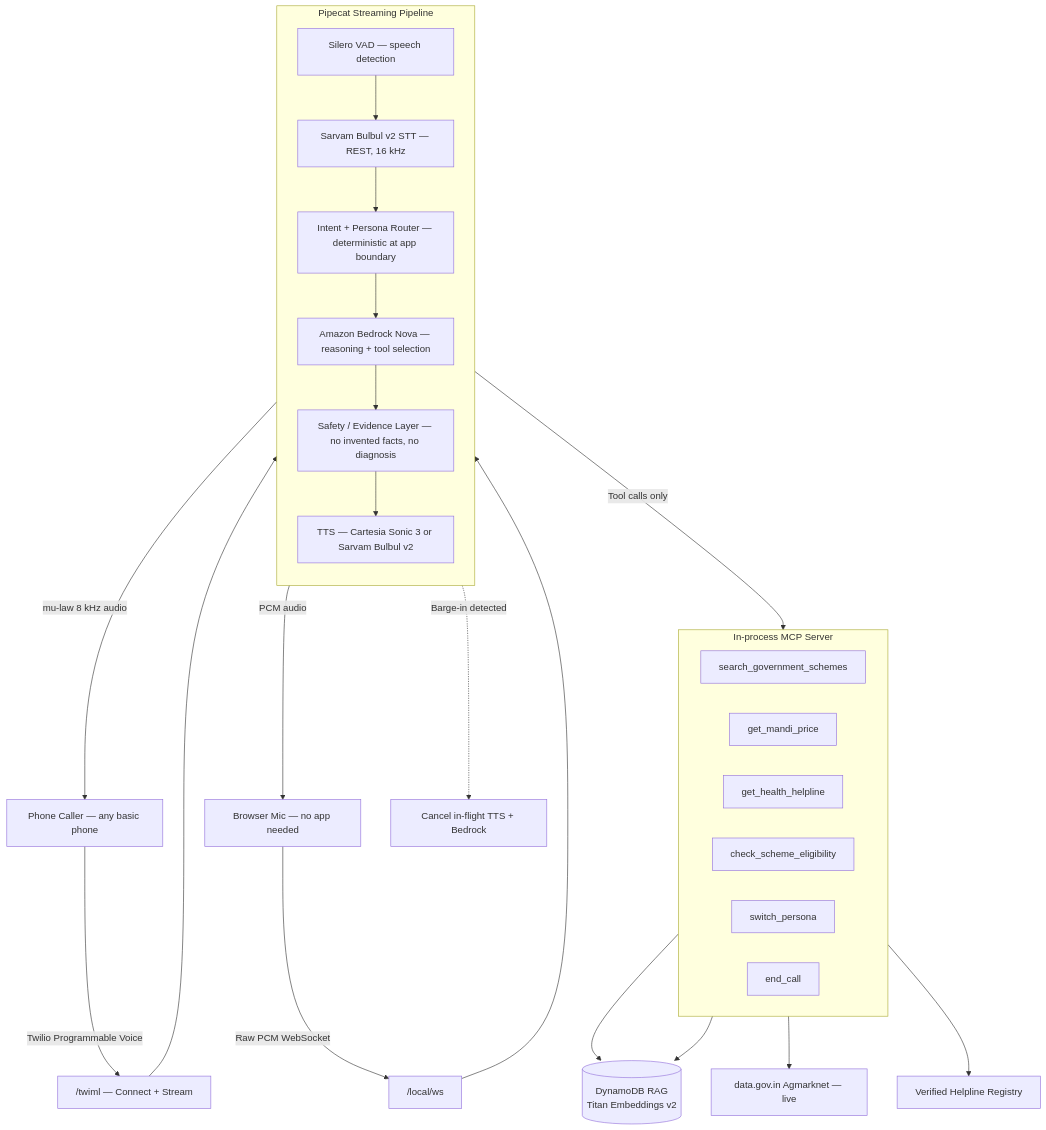
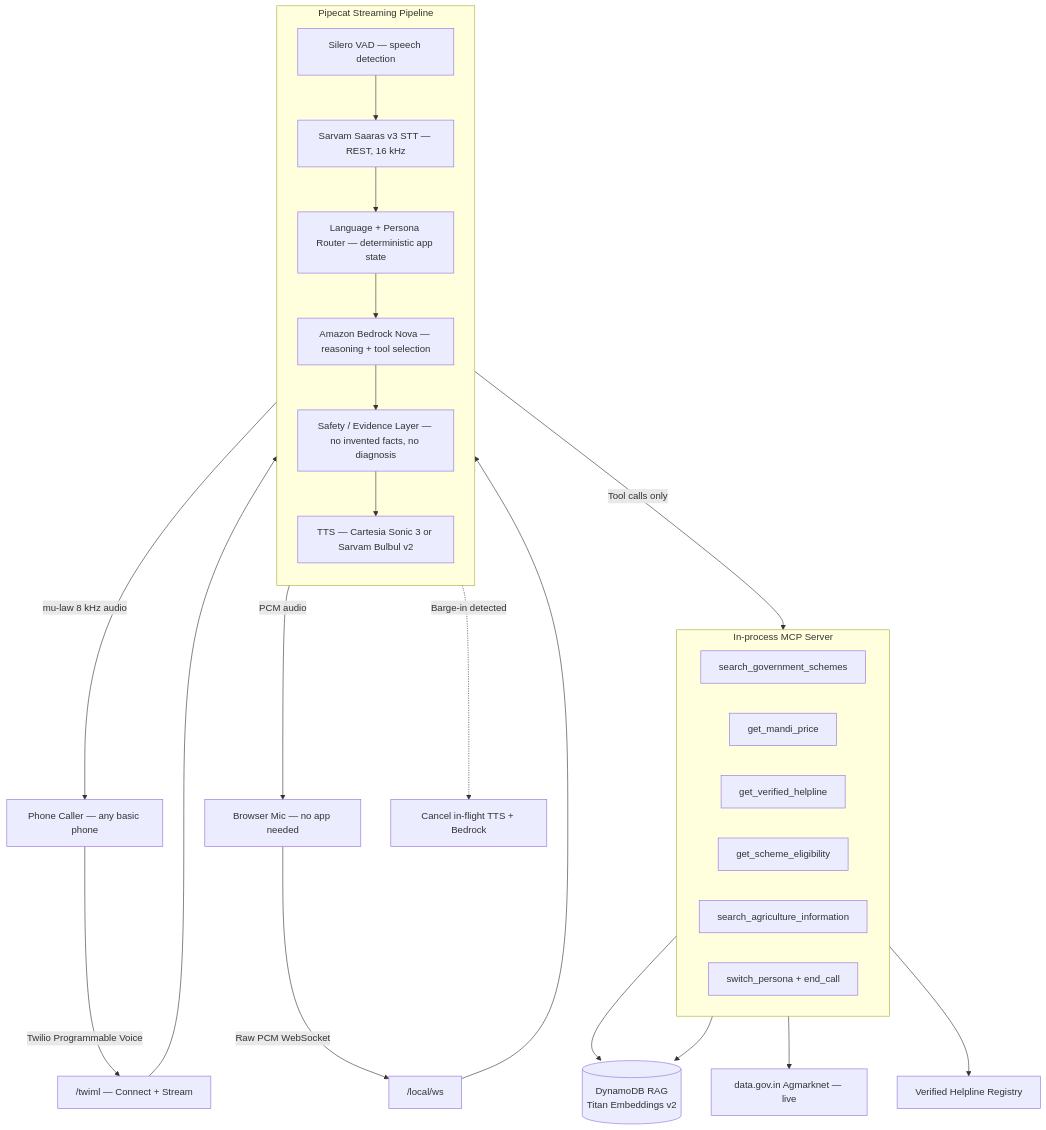
Before and after one commit to makekush7-netizen/VaaniSeva_Hack4Humanity: the diagram in README.md, drawn with Mermaid. The commit also changed other lines of this file and 12 other files, not shown here.

````diff
--- a/README.md
+++ b/README.md
@@ -39,40 +39,40 @@
 ```mermaid
 flowchart TD
     A["Phone Caller — any basic phone"] -->|Twilio Programmable Voice| B["/twiml — Connect + Stream"]
     C["Browser Mic — no app needed"] -->|Raw PCM WebSocket| D["/local/ws"]
 
     B --> E
     D --> E
 
     subgraph E["Pipecat Streaming Pipeline"]
         direction TB
         E1["Silero VAD — speech detection"]
-        E2["Sarvam Bulbul v2 STT — REST, 16 kHz"]
-        E3["Intent + Persona Router — deterministic at app boundary"]
+        E2["Sarvam Saaras v3 STT — REST, 16 kHz"]
+        E3["Language + Persona Router — deterministic app state"]
         E4["Amazon Bedrock Nova — reasoning + tool selection"]
         E5["Safety / Evidence Layer — no invented facts, no diagnosis"]
         E6["TTS — Cartesia Sonic 3 or Sarvam Bulbul v2"]
         E1 --> E2 --> E3 --> E4 --> E5 --> E6
     end
 
     E4 -->|Tool calls only| F
 
     subgraph F["In-process MCP Server"]
         direction LR
         F1["search_government_schemes"]
         F2["get_mandi_price"]
-        F3["get_health_helpline"]
-        F4["check_scheme_eligibility"]
-        F5["switch_persona"]
-        F6["end_call"]
+        F3["get_verified_helpline"]
+        F4["get_scheme_eligibility"]
+        F5["search_agriculture_information"]
+        F6["switch_persona + end_call"]
     end
 
     F1 & F4 --> G[("DynamoDB RAG\nTitan Embeddings v2")]
     F2 --> H["data.gov.in Agmarknet — live"]
     F3 --> I["Verified Helpline Registry"]
 
     E6 -->|"mu-law 8 kHz audio"| A
     E6 -->|"PCM audio"| C
 
     E1 -.->|"Barge-in detected"| J["Cancel in-flight TTS + Bedrock"]
 ```
````
